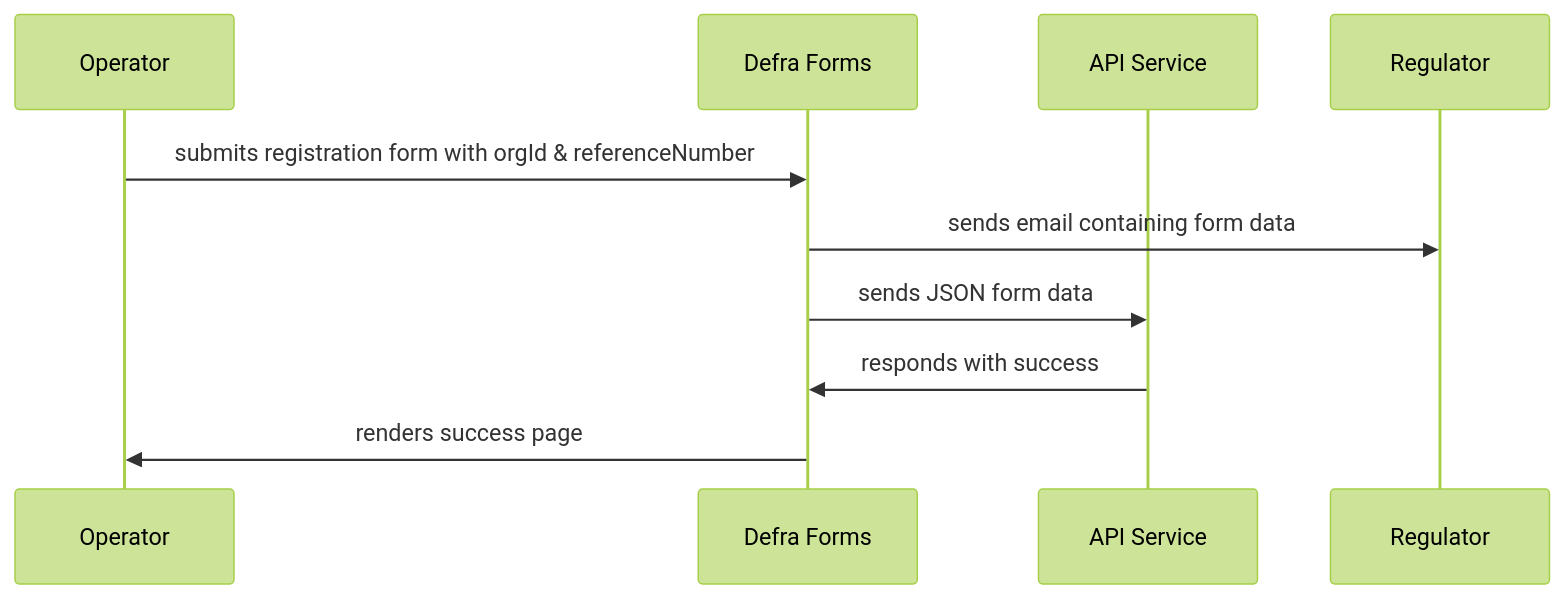
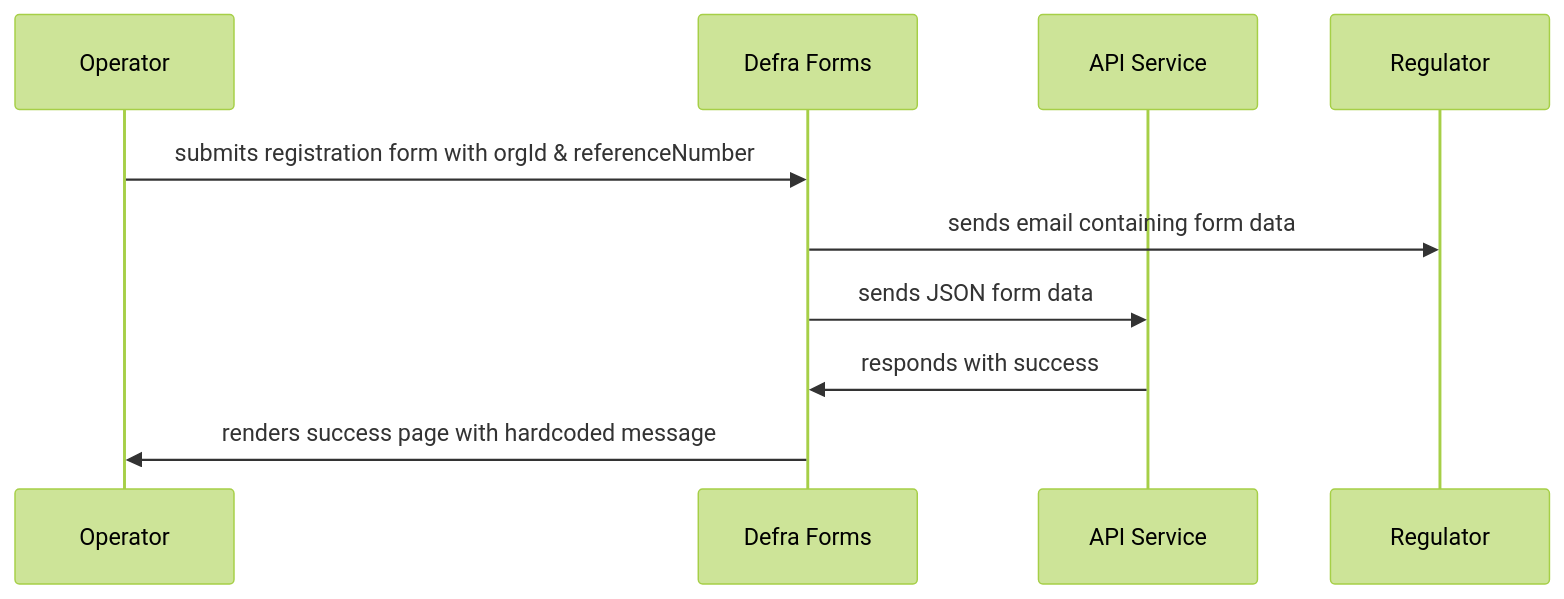
Before and after one commit to DEFRA/epr-backend: the fifth of 10 diagrams in docs/architecture/defined/2025-reg-acc-lld.md, drawn with Mermaid (forest theme). The commit also changed other lines of this file, not shown here.

````diff
--- a/docs/architecture/defined/2025-reg-acc-lld.md
+++ b/docs/architecture/defined/2025-reg-acc-lld.md
@@ -161,12 +165,12 @@
 ```mermaid
 sequenceDiagram
   participant Operator
   participant Defra Forms
   participant API Service
   participant Regulator
   Operator->>Defra Forms: submits registration form with orgId & referenceNumber
   Defra Forms->>Regulator: sends email containing form data
   Defra Forms->>API Service: sends JSON form data
   API Service->>Defra Forms: responds with success
-  Defra Forms->>Operator: renders success page
+  Defra Forms->>Operator: renders success page with hardcoded message
 ```
````
